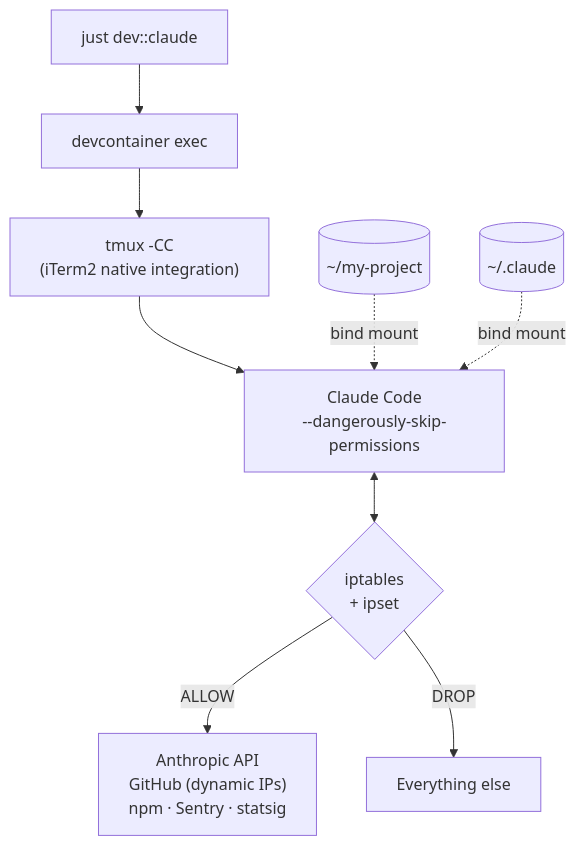
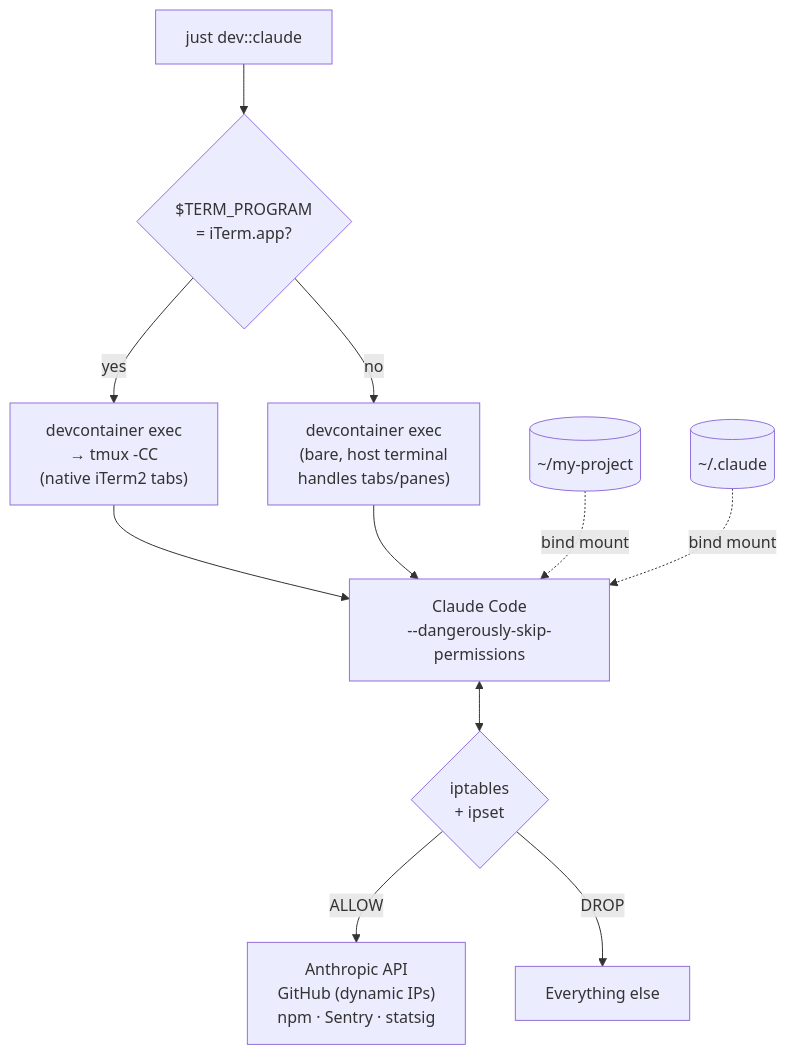
One commit to dbbz/free-range-claude changed the second of 2 diagrams in README.md. Above: the diagram before and after it, drawn with Mermaid. The commit also changed other lines of this file and 3 other files, not shown here.

First line of the commit message:
Run in any terminal, not just iTerm2

````diff
--- a/README.md
+++ b/README.md
@@ -137,13 +133,15 @@
 ```mermaid
 flowchart TB
-    cmd["just dev::claude"] --> dc["devcontainer exec"]
-    dc --> tmux["tmux -CC\n(iTerm2 native integration)"]
+    cmd["just dev::claude"] --> term{"$TERM_PROGRAM\n= iTerm.app?"}
+    term -- "yes" --> tmux["devcontainer exec\n→ tmux -CC\n(native iTerm2 tabs)"]
+    term -- "no" --> bare["devcontainer exec\n(bare, host terminal\nhandles tabs/panes)"]
     tmux --> claude["Claude Code\n--dangerously-skip-permissions"]
+    bare --> claude
 
     project[("~/my-project")] -.->|"bind mount"| claude
     creds[("~/.claude")] -.->|"bind mount"| claude
 
     claude <--> fw{"iptables\n+ ipset"}
     fw -- "ALLOW" --> allow["Anthropic API\nGitHub (dynamic IPs)\nnpm · Sentry · statsig"]
     fw -- "DROP" --> deny["Everything else"]
 ```
````
